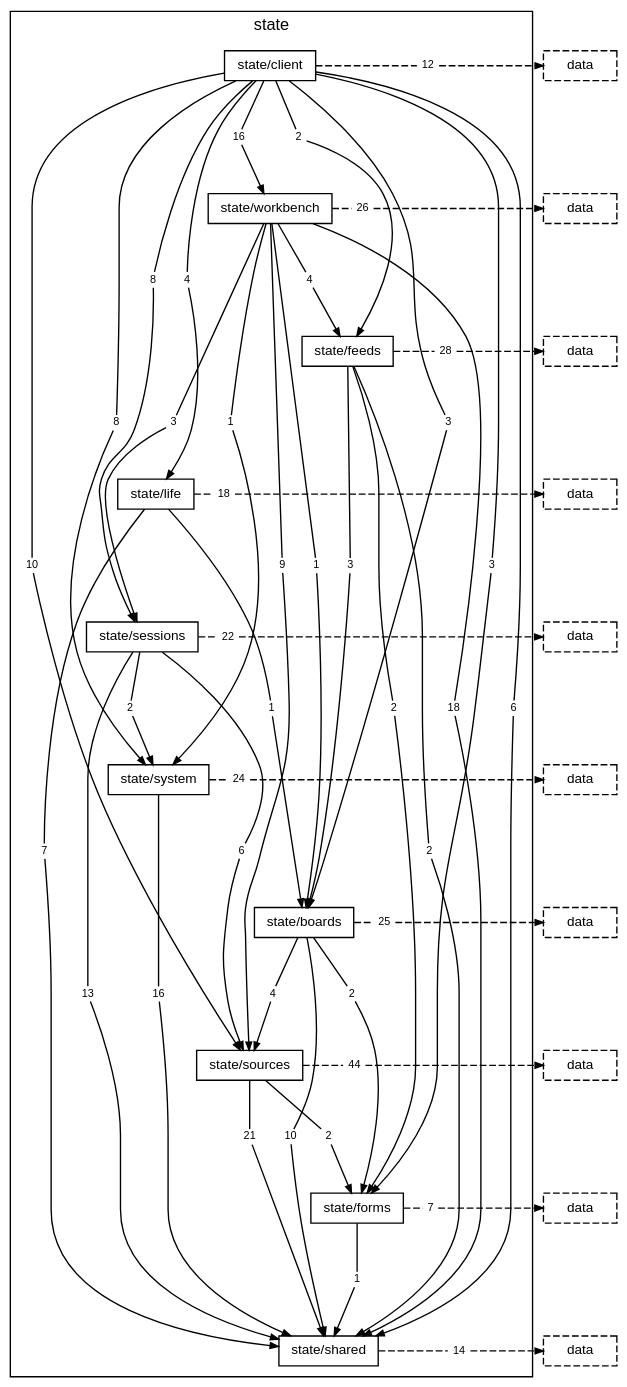
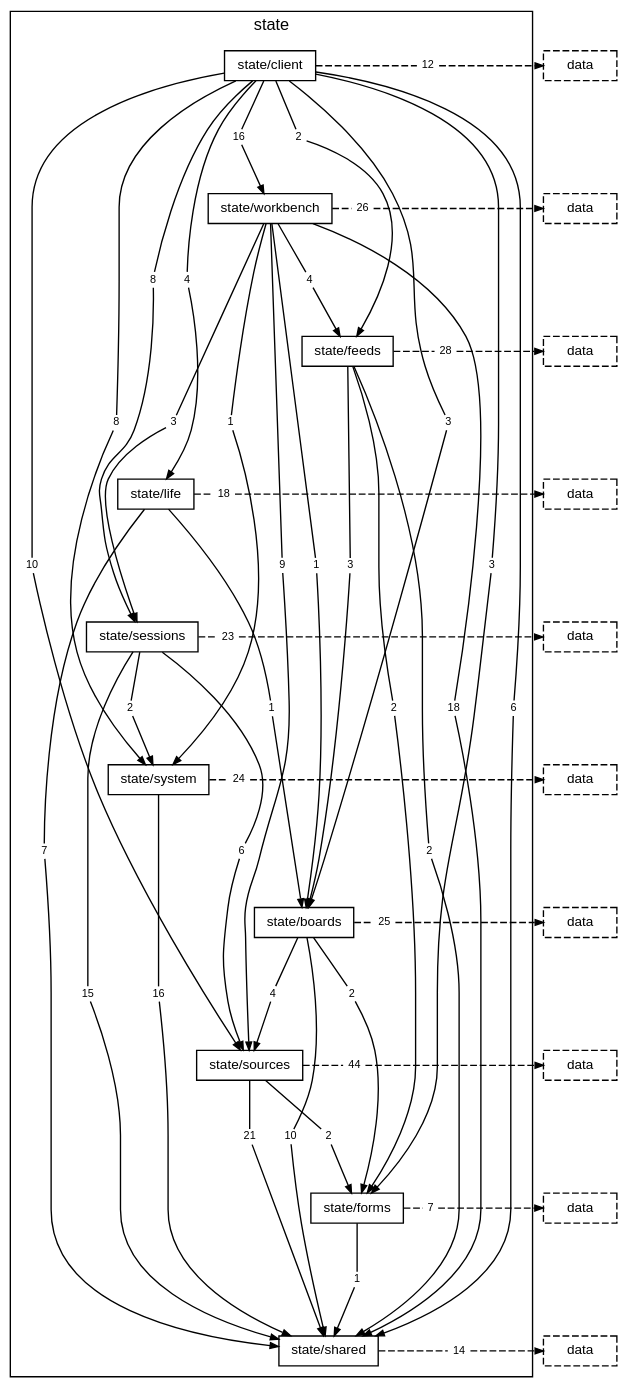
Before and after one commit to TheAxeC/oculus: the diagram in docs/diagrams/layer-state.dot, drawn with Graphviz. The commit also changed 112 other files, not shown here.

```diff
--- a/docs/diagrams/layer-state.dot
+++ b/docs/diagrams/layer-state.dot
@@ -38,10 +38,10 @@
         "folder state/life to folder state/boards" [label="1", shape=box, color="transparent", fontsize=8, width=0, height=0, margin="0.04,0.02"];
         "folder state/life to folder state/shared" [label="7", shape=box, color="transparent", fontsize=8, width=0, height=0, margin="0.04,0.02"];
         "folder state/life to layer data" [label="18", shape=box, color="transparent", fontsize=8, width=0, height=0, margin="0.04,0.02"];
-        "folder state/sessions to folder state/shared" [label="13", shape=box, color="transparent", fontsize=8, width=0, height=0, margin="0.04,0.02"];
+        "folder state/sessions to folder state/shared" [label="15", shape=box, color="transparent", fontsize=8, width=0, height=0, margin="0.04,0.02"];
         "folder state/sessions to folder state/sources" [label="6", shape=box, color="transparent", fontsize=8, width=0, height=0, margin="0.04,0.02"];
         "folder state/sessions to folder state/system" [label="2", shape=box, color="transparent", fontsize=8, width=0, height=0, margin="0.04,0.02"];
-        "folder state/sessions to layer data" [label="22", shape=box, color="transparent", fontsize=8, width=0, height=0, margin="0.04,0.02"];
+        "folder state/sessions to layer data" [label="23", shape=box, color="transparent", fontsize=8, width=0, height=0, margin="0.04,0.02"];
         "folder state/system to folder state/shared" [label="16", shape=box, color="transparent", fontsize=8, width=0, height=0, margin="0.04,0.02"];
         "folder state/system to layer data" [label="24", shape=box, color="transparent", fontsize=8, width=0, height=0, margin="0.04,0.02"];
         "folder state/boards to folder state/forms" [label="2", shape=box, color="transparent", fontsize=8, width=0, height=0, margin="0.04,0.02"];
```
